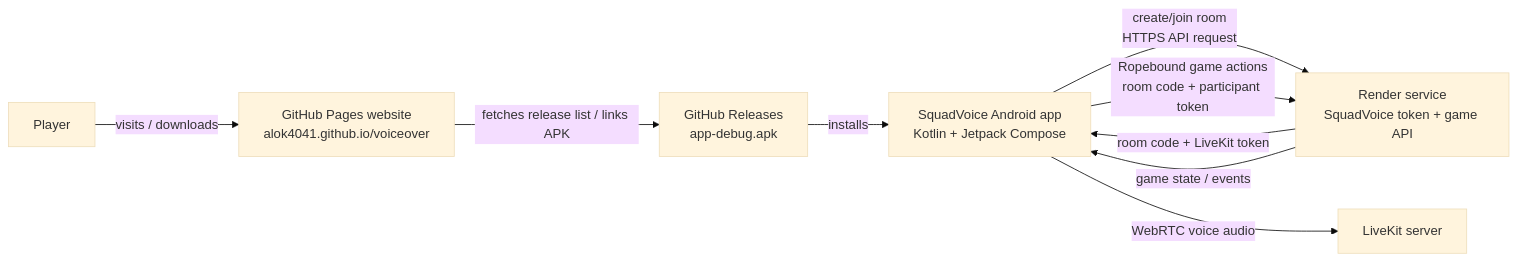
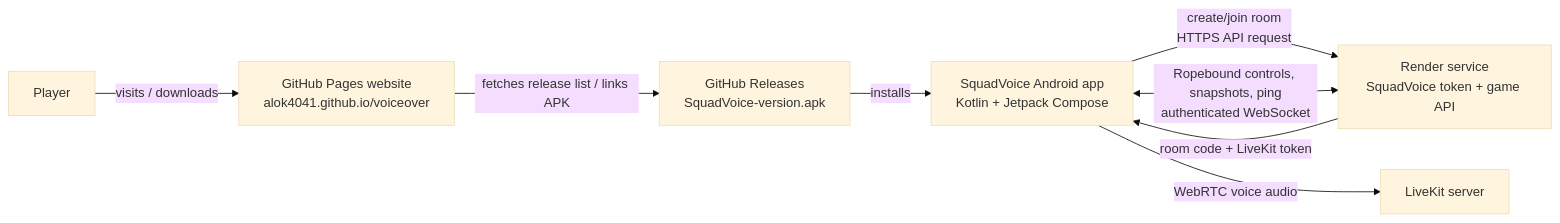
One commit to alok4041/voiceover changed the first of 2 diagrams in docs/SYSTEM-FLOW.md. Above: the diagram before and after it, drawn with Mermaid (base theme). The commit also changed other lines of this file and 16 other files, not shown here.

Commit message:
release: prepare SquadVoice v1.2.5

````diff
--- a/docs/SYSTEM-FLOW.md
+++ b/docs/SYSTEM-FLOW.md
@@ -9,12 +9,11 @@
 ```mermaid
 flowchart LR
     P[Player] -->|visits / downloads| WEB[GitHub Pages website\nalok4041.github.io/voiceover]
-    WEB -->|fetches release list / links APK| REL[GitHub Releases\napp-debug.apk]
+    WEB -->|fetches release list / links APK| REL[GitHub Releases\nSquadVoice-version.apk]
     REL -->|installs| APP[SquadVoice Android app\nKotlin + Jetpack Compose]
 
     APP -->|create/join room\nHTTPS API request| API[Render service\nSquadVoice token + game API]
     API -->|room code + LiveKit token| APP
     APP -->|WebRTC voice audio| LK[LiveKit server]
-    APP -->|Ropebound game actions\nroom code + participant token| API
-    API -->|game state / events| APP
+    APP <-->|Ropebound controls, snapshots, ping\nauthenticated WebSocket| API
 ```
````
